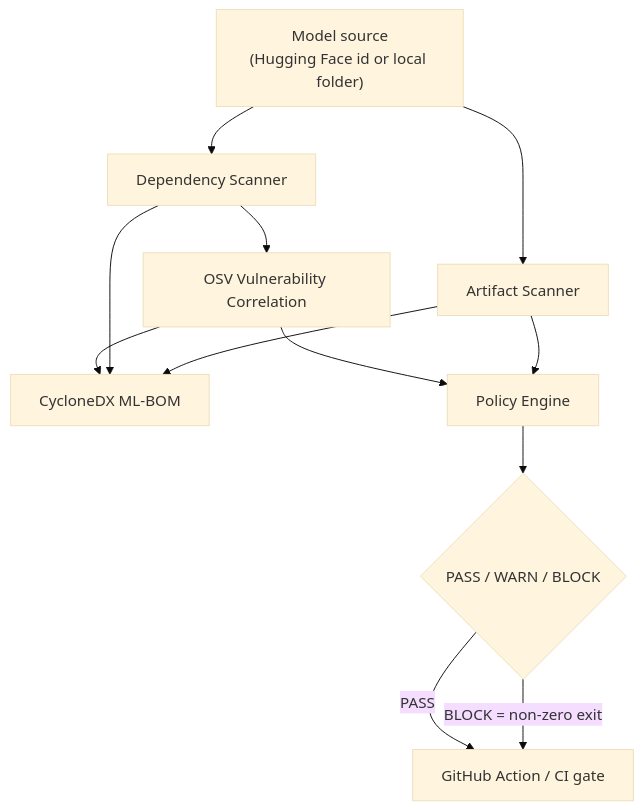
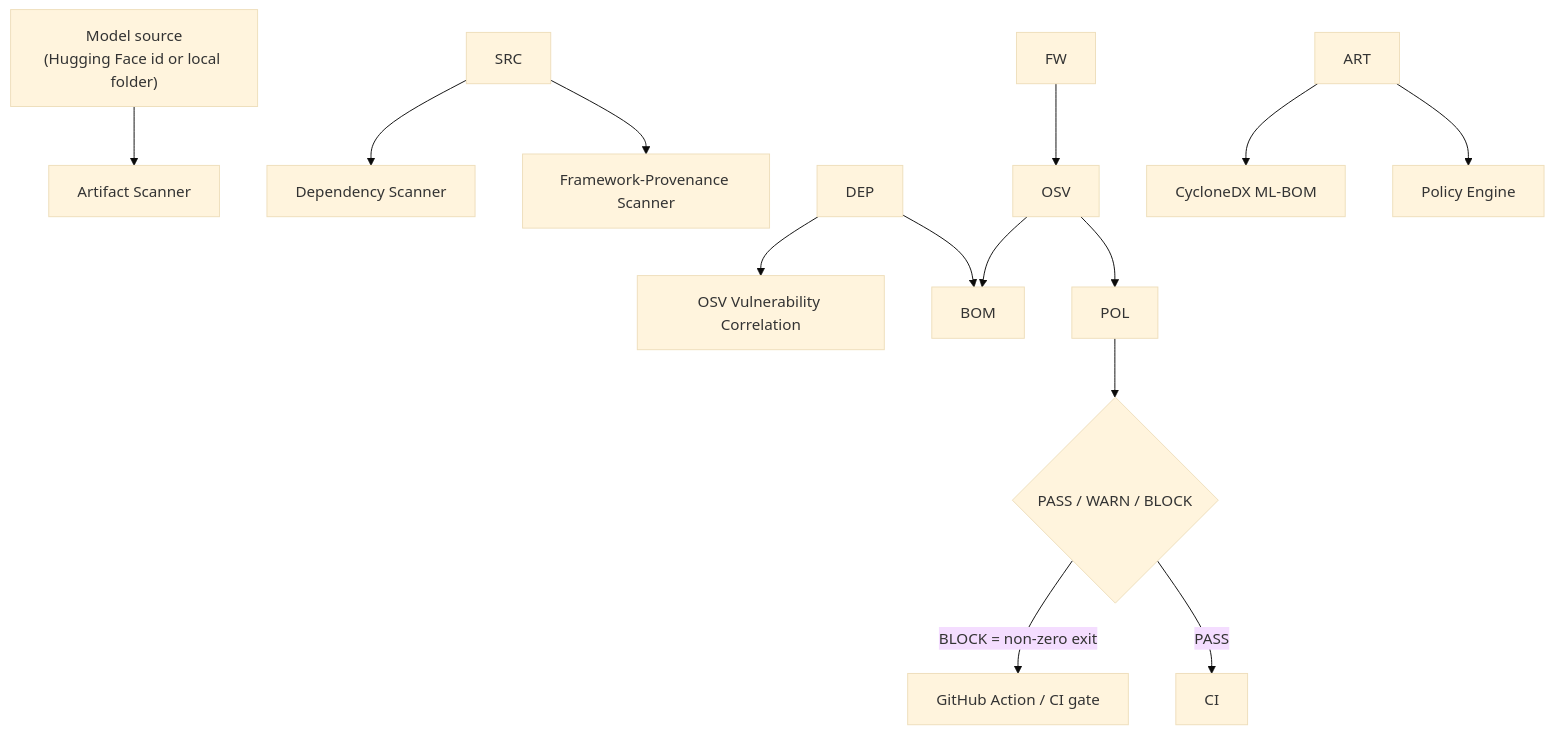
One commit to Arjun7114/ai-model-ingestion-gate changed the second of 3 diagrams in README.md. Above: the diagram before and after it, drawn with Mermaid (base theme). The commit also changed other lines of this file and 1 other file, not shown here.

Commit message:
Update README: framework provenance, cloud re-scanning, and S3 evidence screenshot

````diff
--- a/README.md
+++ b/README.md
@@ -47,14 +50,16 @@
 ```mermaid
 flowchart TD
-    SRC["Model source<br/>(Hugging Face id or local folder)"] --> ART[Artifact Scanner]
-    SRC --> DEP[Dependency Scanner]
-    DEP --> OSV[OSV Vulnerability Correlation]
-    ART --> BOM[CycloneDX ML-BOM]
+    SRC\["Model source<br/>(Hugging Face id or local folder)"] --> ART\[Artifact Scanner]
+    SRC --> DEP\[Dependency Scanner]
+    SRC --> FW\[Framework-Provenance Scanner]
+    DEP --> OSV\[OSV Vulnerability Correlation]
+    FW --> OSV
+    ART --> BOM\[CycloneDX ML-BOM]
     DEP --> BOM
     OSV --> BOM
-    ART --> POL[Policy Engine]
+    ART --> POL\[Policy Engine]
     OSV --> POL
     POL --> VERDICT{PASS / WARN / BLOCK}
-    VERDICT -->|BLOCK = non-zero exit| CI[GitHub Action / CI gate]
+    VERDICT -->|BLOCK = non-zero exit| CI\[GitHub Action / CI gate]
     VERDICT -->|PASS| CI
 ```
````
